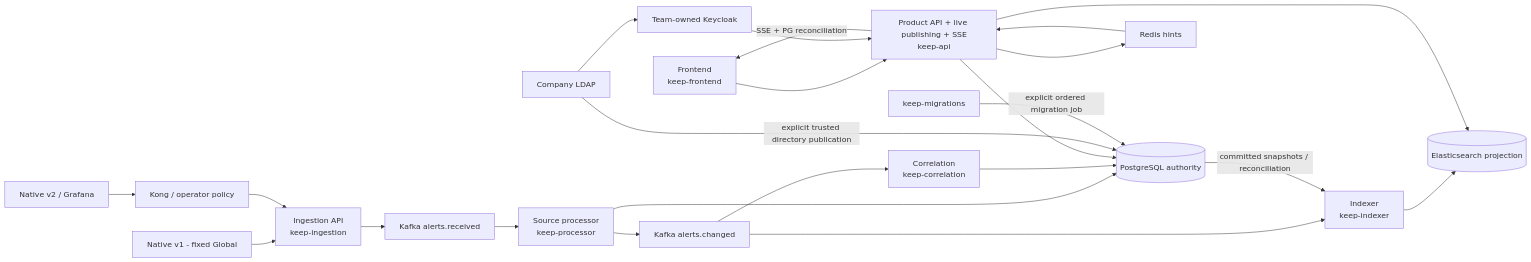
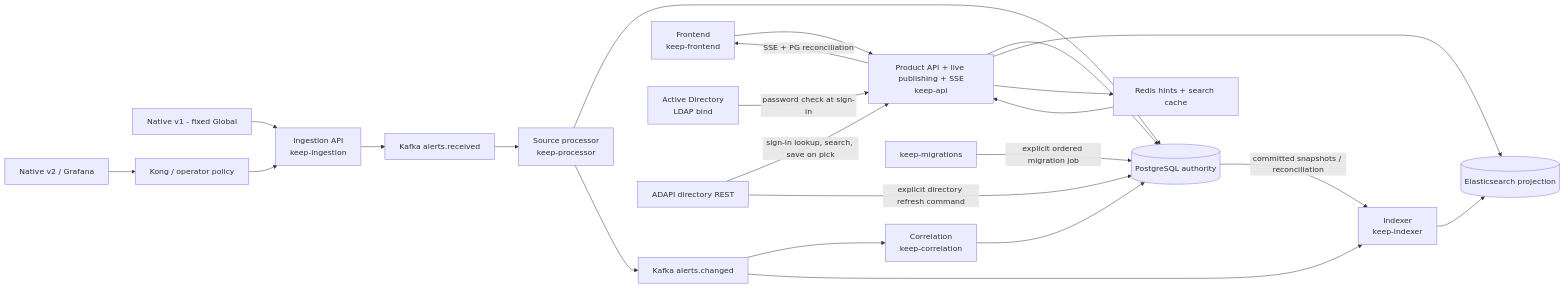
Before and after one commit to keep-alert-operations/keep-design: the diagram in architecture/README.md, drawn with Mermaid. The commit also changed other lines of this file and 16 other files, not shown here.

First line of the commit message:
REV-73: Keep password sign-in and ADAPI directory replace Keycloak

````diff
--- a/architecture/README.md
+++ b/architecture/README.md
@@ -7,25 +7,25 @@
 ```mermaid
 flowchart LR
     V1[Native v1 - fixed Global] --> IN[Ingestion API<br/>keep-ingestion]
     V2[Native v2 / Grafana] --> KONG[Kong / operator policy]
     KONG --> IN
     IN --> RECEIVED[Kafka alerts.received]
     RECEIVED --> PROC[Source processor<br/>keep-processor]
     PROC --> PG[(PostgreSQL authority)]
     PROC --> CHANGED[Kafka alerts.changed]
     CHANGED --> CORR[Correlation<br/>keep-correlation]
     CORR --> PG
     CHANGED --> IDX[Indexer<br/>keep-indexer]
     PG -->|committed snapshots / reconciliation| IDX
     IDX --> ES[(Elasticsearch projection)]
     UI[Frontend<br/>keep-frontend] --> API[Product API + live publishing + SSE<br/>keep-api]
     API --> PG
     API --> ES
-    API --> REDIS[Redis hints]
+    API --> REDIS[Redis hints + search cache]
     REDIS --> API
     API -->|SSE + PG reconciliation| UI
-    LDAP[Company LDAP] --> KC[Team-owned Keycloak]
-    KC --> API
-    LDAP -->|explicit trusted directory publication| PG
+    AD[Active Directory<br/>LDAP bind] -->|password check at sign-in| API
+    ADAPI[ADAPI directory REST] -->|sign-in lookup, search, save on pick| API
+    ADAPI -->|explicit directory refresh command| PG
     MIG[keep-migrations] -->|explicit ordered migration job| PG
 ```
````
